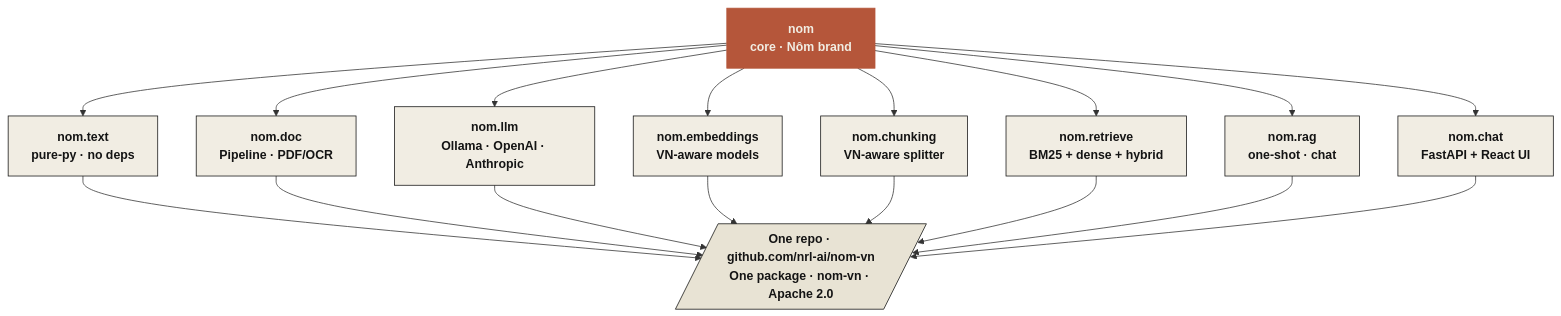
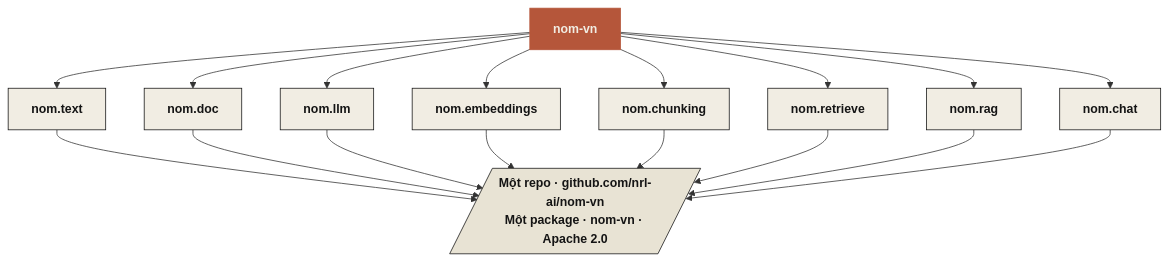
One commit to nrl-ai/nom-vn changed the first of 3 diagrams in docs/architecture.md. Above: the diagram before and after it, drawn with Mermaid. The commit also changed other lines of this file and 5 other files, not shown here.

````diff
--- a/docs/architecture.md
+++ b/docs/architecture.md
@@ -16,28 +17,28 @@
 ```mermaid
 flowchart TB
-    NOM["<b>nom</b><br/>core · Nôm brand"]
-    NOM --> TEXT["<b>nom.text</b><br/>pure-py · no deps"]
-    NOM --> DOC["<b>nom.doc</b><br/>Pipeline · PDF/OCR"]
-    NOM --> LLM["<b>nom.llm</b><br/>Ollama · OpenAI · Anthropic"]
-    NOM --> EMB["<b>nom.embeddings</b><br/>VN-aware models"]
-    NOM --> CHUNK["<b>nom.chunking</b><br/>VN-aware splitter"]
-    NOM --> RET["<b>nom.retrieve</b><br/>BM25 + dense + hybrid"]
-    NOM --> RAG["<b>nom.rag</b><br/>one-shot · chat"]
-    NOM --> CHAT["<b>nom.chat</b><br/>FastAPI + React UI"]
+    NOM["nom-vn"]
+    NOM --> TEXT["nom.text"]
+    NOM --> DOC["nom.doc"]
+    NOM --> LLM["nom.llm"]
+    NOM --> EMB["nom.embeddings"]
+    NOM --> CHUNK["nom.chunking"]
+    NOM --> RET["nom.retrieve"]
+    NOM --> RAG["nom.rag"]
+    NOM --> CHAT["nom.chat"]
 
-    TEXT --> PKG[/"One repo · github.com/nrl-ai/nom-vn<br/>One package · nom-vn · Apache 2.0"/]
+    TEXT --> PKG[/"Một repo · github.com/nrl-ai/nom-vn<br/>Một package · nom-vn · Apache 2.0"/]
     DOC --> PKG
     LLM --> PKG
     EMB --> PKG
     CHUNK --> PKG
     RET --> PKG
     RAG --> PKG
     CHAT --> PKG
 
     classDef root fill:#b5563a,stroke:#b5563a,color:#f1ede3,font-weight:bold
     classDef module fill:#f1ede3,stroke:#141414,stroke-width:1px,color:#141414
     classDef pkg fill:#e8e3d4,stroke:#141414,stroke-width:1px,color:#141414
     class NOM root
     class TEXT,DOC,LLM,EMB,CHUNK,RET,RAG,CHAT module
     class PKG pkg
 ```
````
